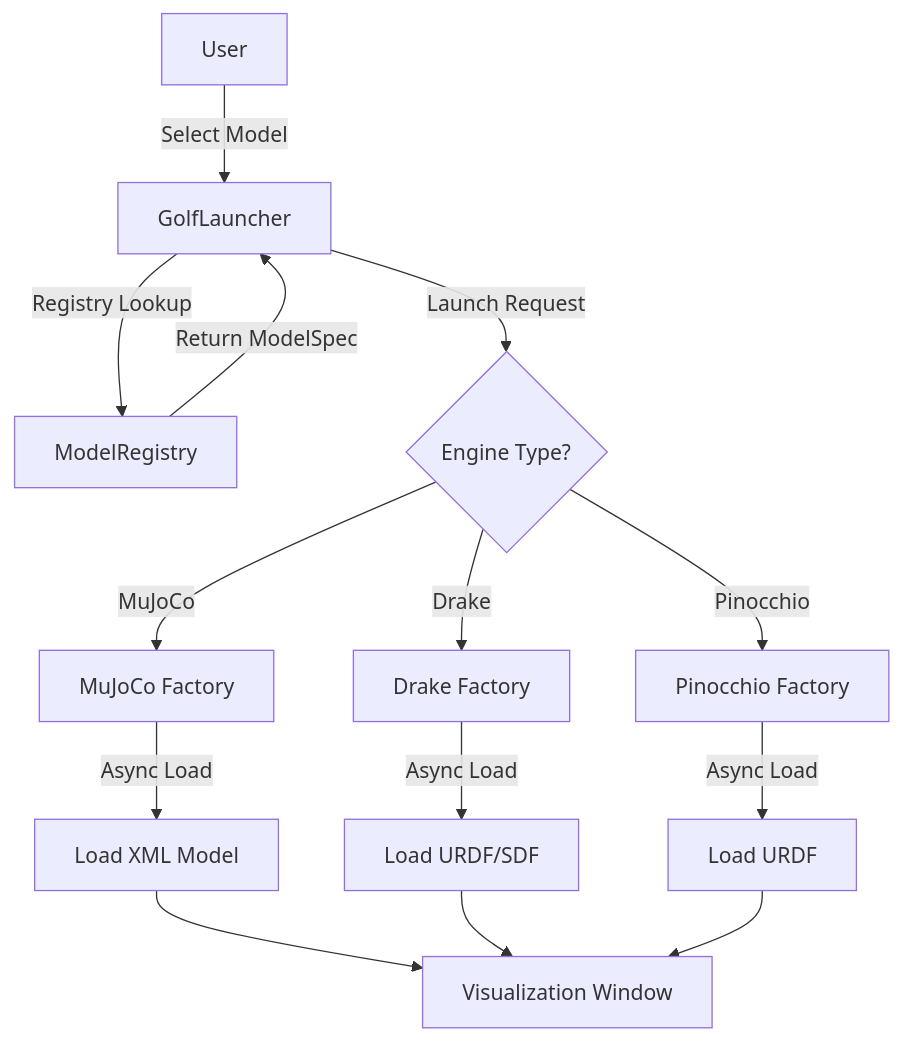
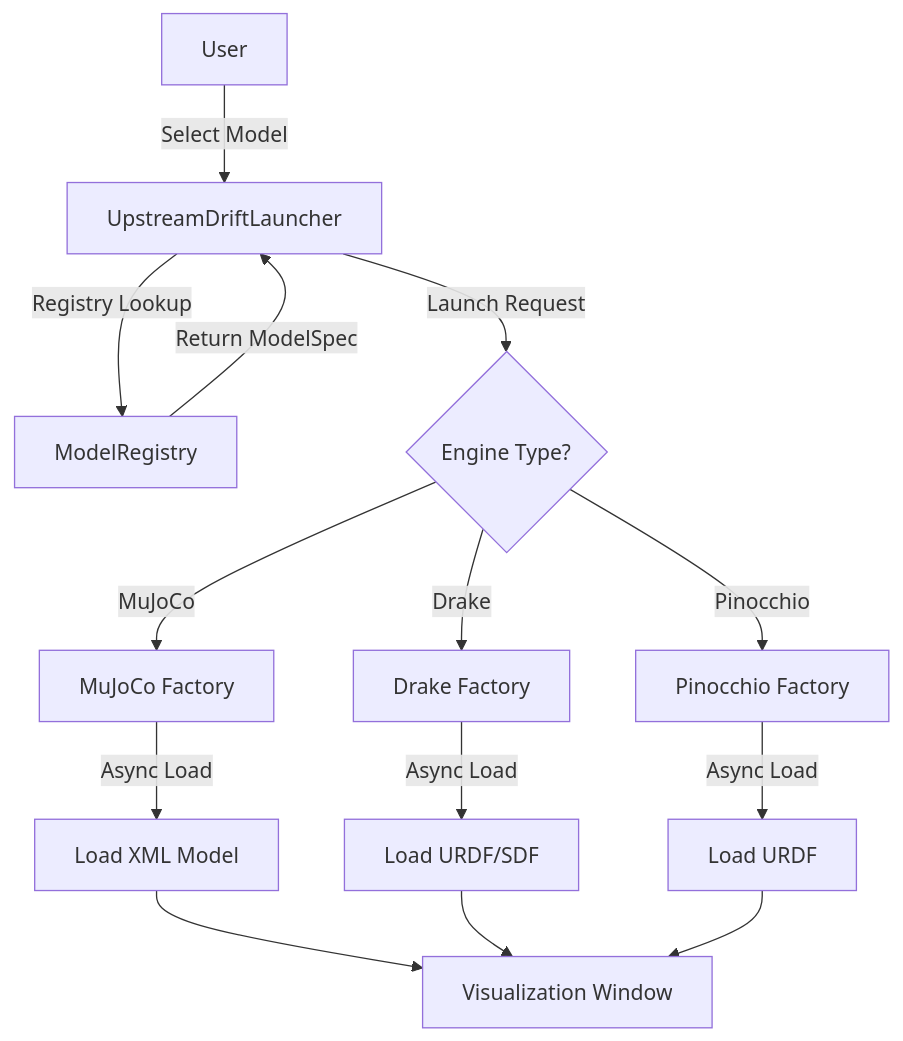
The diagram in docs/architecture/engine_loading_flow.md (D-sorganization/UpstreamDrift), drawn with Mermaid before and after one commit. The commit also changed 88 other files, not shown here.

````diff
--- a/docs/architecture/engine_loading_flow.md
+++ b/docs/architecture/engine_loading_flow.md
@@ -5,20 +5,20 @@
 ```mermaid
 graph TD
-    User[User] -->|Select Model| Launcher[GolfLauncher]
+    User[User] -->|Select Model| Launcher[UpstreamDriftLauncher]
     Launcher -->|Registry Lookup| Reg[ModelRegistry]
     Reg -->|Return ModelSpec| Launcher
 
     Launcher -->|Launch Request| Config{Engine Type?}
 
     Config -- MuJoCo --> MJFactory[MuJoCo Factory]
     Config -- Drake --> DrFactory[Drake Factory]
     Config -- Pinocchio --> PinFactory[Pinocchio Factory]
 
     MJFactory -->|Async Load| MJLoad[Load XML Model]
     DrFactory -->|Async Load| DrLoad[Load URDF/SDF]
     PinFactory -->|Async Load| PinLoad[Load URDF]
 
     MJLoad --> Viz[Visualization Window]
     DrLoad --> Viz
     PinLoad --> Viz
 ```
````
